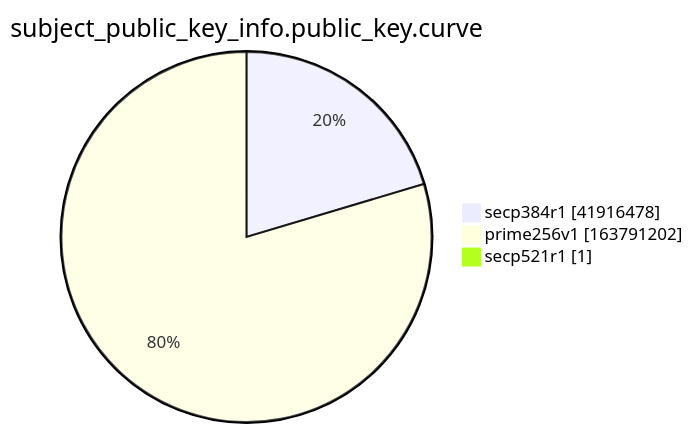
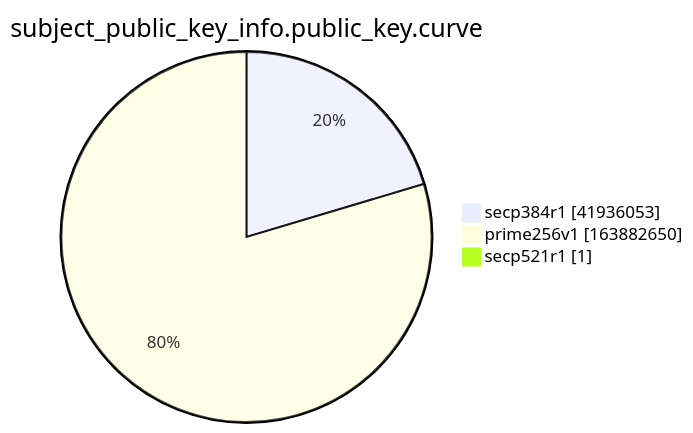
Before and after one commit to christiankrug/ctmonitor_visualization: the ninth of 15 diagrams in xenon2022/README.md, drawn with Mermaid. The commit also changed other lines of this file, not shown here.

````diff
--- a/xenon2022/README.md
+++ b/xenon2022/README.md
@@ -2869,7 +2869,7 @@
 ```mermaid
 pie showData
 title subject_public_key_info.public_key.curve
-"secp384r1" :41916478
-"prime256v1" :163791202
+"secp384r1" :41936053
+"prime256v1" :163882650
 "secp521r1" :1
 ```
````
